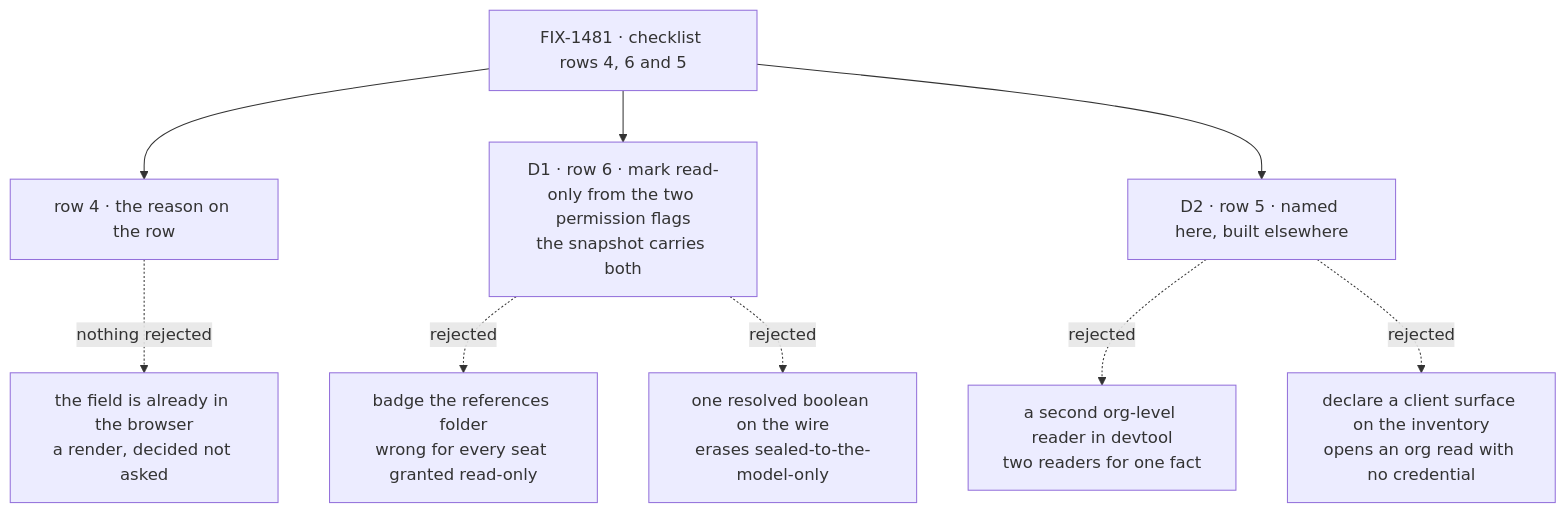
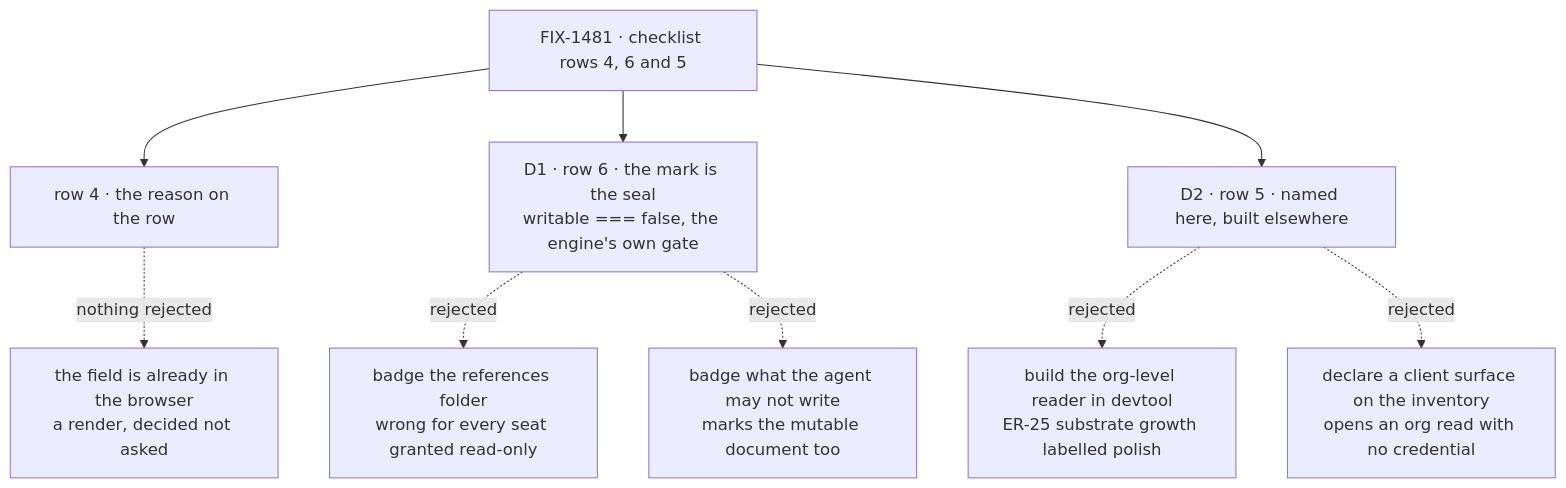
One commit to fixpoint-labs/flow-state-dev changed the diagram in specs/issues/FIX-1481/DECISIONS.md. Above: the diagram before and after it, drawn with Mermaid. The commit also changed other lines of this file and 7 other files, not shown here.

First line of the commit message:
spec(FIX-1481): fold review round 2 — the mark is the seal, and row 5 gets a real successor

````diff
--- a/specs/issues/FIX-1481/DECISIONS.md
+++ b/specs/issues/FIX-1481/DECISIONS.md
@@ -13,11 +13,11 @@
 ```mermaid
 flowchart TD
   I["FIX-1481 · checklist rows 4, 6 and 5"] --> R4["row 4 · the reason on the row"]
   R4 -.->|"nothing rejected"| X0["the field is already in the browser<br/>a render, decided not asked"]
-  I --> D1["D1 · row 6 · mark read-only from the two permission flags<br/>the snapshot carries both"]
+  I --> D1["D1 · row 6 · the mark is the seal<br/>writable === false, the engine's own gate"]
   D1 -.->|"rejected"| X1["badge the references folder<br/>wrong for every seat granted read-only"]
-  D1 -.->|"rejected"| X2["one resolved boolean on the wire<br/>erases sealed-to-the-model-only"]
+  D1 -.->|"rejected"| X2["badge what the agent may not write<br/>marks the mutable document too"]
   I --> D2["D2 · row 5 · named here, built elsewhere"]
-  D2 -.->|"rejected"| X3["a second org-level reader in devtool<br/>two readers for one fact"]
+  D2 -.->|"rejected"| X3["build the org-level reader in devtool<br/>ER-25 substrate growth labelled polish"]
   D2 -.->|"rejected"| X4["declare a client surface on the inventory<br/>opens an org read with no credential"]
 ```
````
